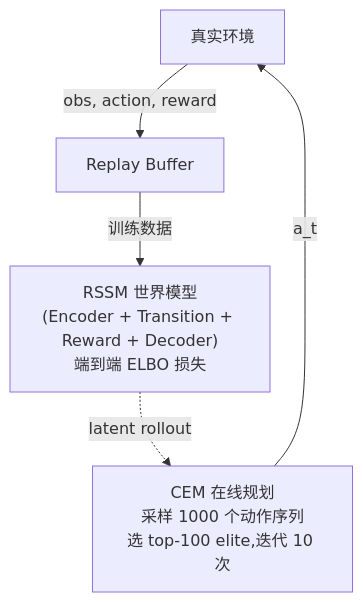
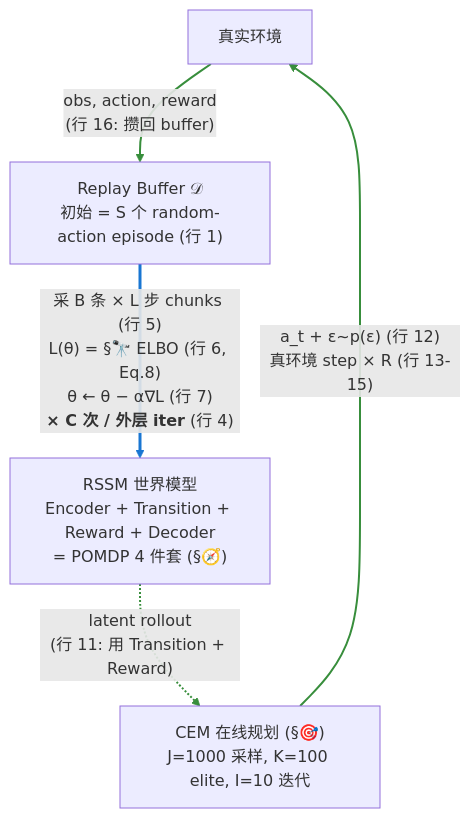
Before and after one commit to jinxinzhou/world-model-study: the seventh of 7 diagrams in World-Model-学习笔记.md, drawn with Mermaid. The commit also changed other lines of this file and 1 other file, not shown here.

Commit message:
docs: enrich bird's-eye view diagram to mirror Algorithm 1
Add details to the system data-flow mermaid so each edge maps to
specific lines in Algorithm 1:

- Replay Buffer: note that it is initialized with S random episodes
  (line 1)
- Env -> Buffer edge: line 16 (append episode)
- Buffer -> RSSM edge: expand to show the three Model-fitting inner
  steps (sample chunks line 5, ELBO line 6, SGD update line 7) and
  the x C repeat (line 4)
- RSSM -.-> CEM edge: line 11, planner uses transition + reward
- CEM -> Env edge: exploration noise (line 12) + action repeat
  x R (lines 13-15)

Color-code edges by phase: blue for A (Model fitting), green for B
(Data collection), keep the latent-rollout edge dashed. Add a color
key under the diagram and a forward link to Algorithm 1 in #### 2.

````diff
--- a/World-Model-学习笔记.md
+++ b/World-Model-学习笔记.md
@@ -2150,7 +2150,17 @@
 ```mermaid
 flowchart TD
-    Env["真实环境"] -->|obs, action, reward| Buffer["Replay Buffer"]
-    Buffer -->|训练数据| RSSM["RSSM 世界模型<br/>(Encoder + Transition + Reward + Decoder)<br/>端到端 ELBO 损失"]
-    RSSM -.->|"latent rollout"| CEM["CEM 在线规划<br/>采样 1000 个动作序列<br/>选 top-100 elite,迭代 10 次"]
-    CEM -->|"a_t"| Env
+    Env["真实环境"]
+    Buffer["Replay Buffer 𝒟<br/>初始 = S 个 random-action episode (行 1)"]
+    RSSM["RSSM 世界模型<br/>Encoder + Transition + Reward + Decoder<br/>= POMDP 4 件套 (§🧭)"]
+    CEM["CEM 在线规划 (§🎯)<br/>J=1000 采样, K=100 elite, I=10 迭代"]
+
+    Env -->|"obs, action, reward<br/>(行 16: 攒回 buffer)"| Buffer
+    Buffer -->|"采 B 条 × L 步 chunks (行 5)<br/>L(θ) = §🔭 ELBO (行 6, Eq.8)<br/>θ ← θ − α∇L (行 7)<br/><b>× C 次 / 外层 iter</b> (行 4)"| RSSM
+    RSSM -.->|"latent rollout<br/>(行 11: 用 Transition + Reward)"| CEM
+    CEM -->|"a_t + ε~p(ε) (行 12)<br/>真环境 step × R (行 13-15)"| Env
+
+    linkStyle 0 stroke:#388e3c,stroke-width:2px
+    linkStyle 1 stroke:#1976d2,stroke-width:3px
+    linkStyle 2 stroke:#388e3c,stroke-width:2px
+    linkStyle 3 stroke:#388e3c,stroke-width:2px
 ```
````
